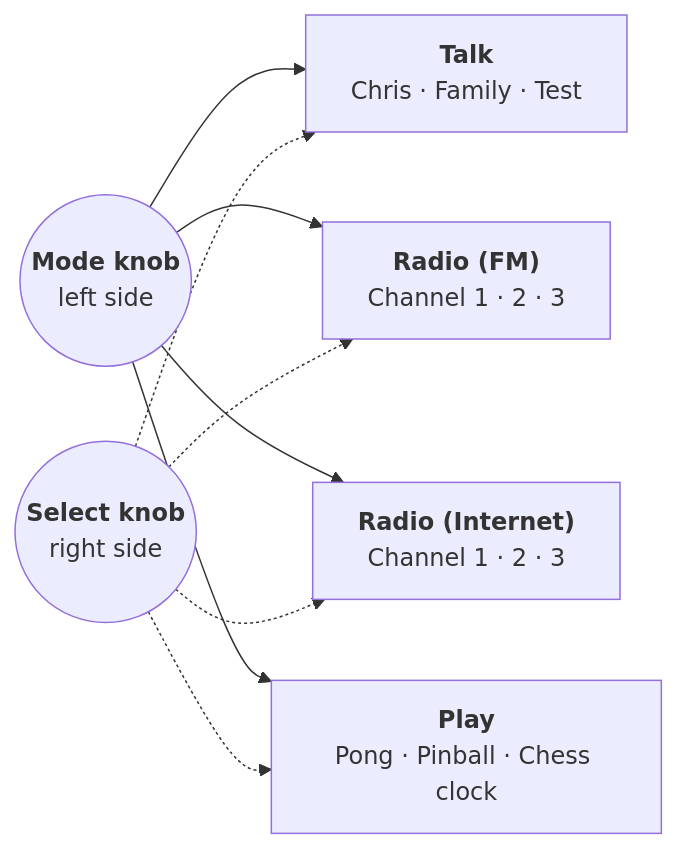
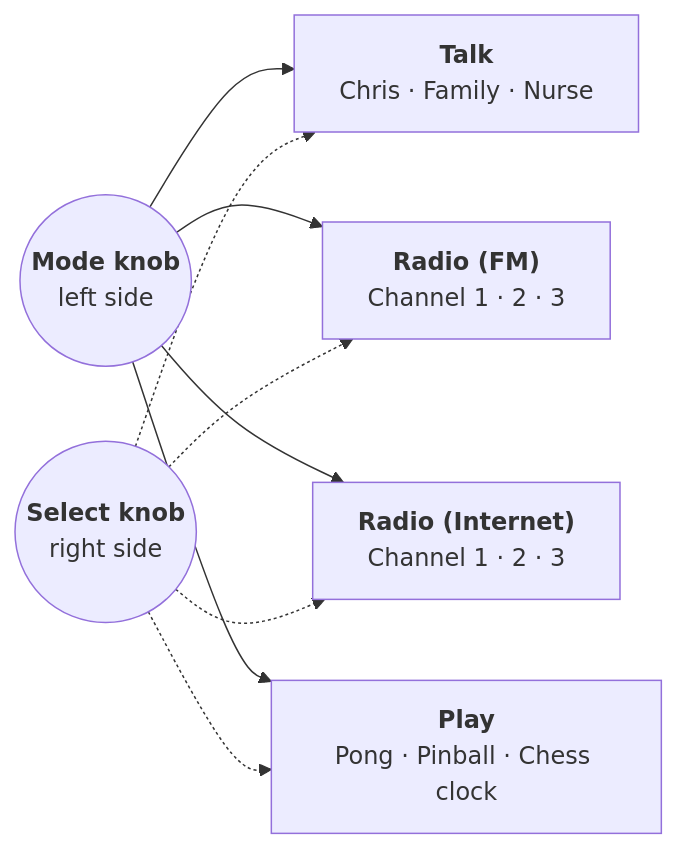
The diagram in Grandad's Radio as a Platform.md (cgbarlow/popsradio), drawn with Mermaid before and after one commit. The commit also changed other lines of this file and 1 other file, not shown here.

First line of the commit message:
Rename the Test channel to Nurse in the platform brief and prompts

````diff
--- a/Grandad's Radio as a Platform.md
+++ b/Grandad's Radio as a Platform.md
@@ -60,11 +60,11 @@
 ```mermaid
 flowchart LR
-  M(("<b>Mode knob</b><br/>left side")) --> T["<b>Talk</b><br/>Chris · Family · Test"]
+  M(("<b>Mode knob</b><br/>left side")) --> T["<b>Talk</b><br/>Chris · Family · Nurse"]
   M --> F["<b>Radio (FM)</b><br/>Channel 1 · 2 · 3"]
   M --> I["<b>Radio (Internet)</b><br/>Channel 1 · 2 · 3"]
   M --> P["<b>Play</b><br/>Pong · Pinball · Chess clock"]
   S(("<b>Select knob</b><br/>right side")) -.-> T
   S -.-> F
   S -.-> I
   S -.-> P
 ```
````
